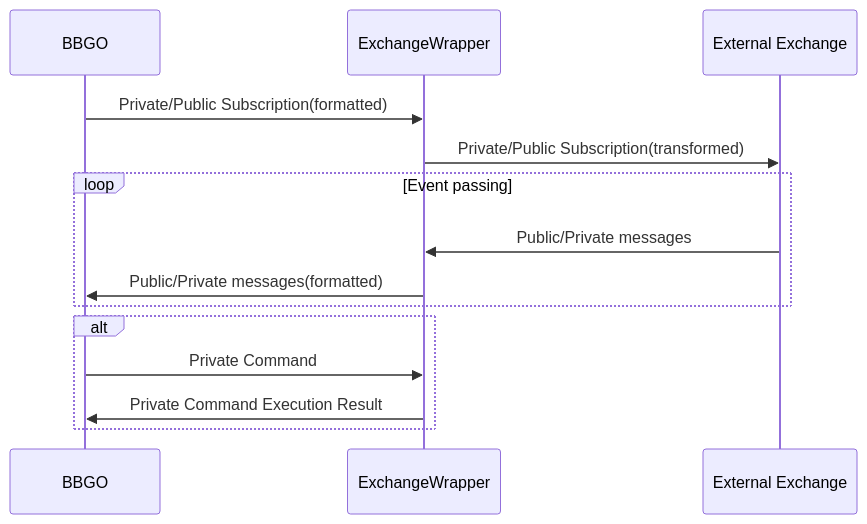
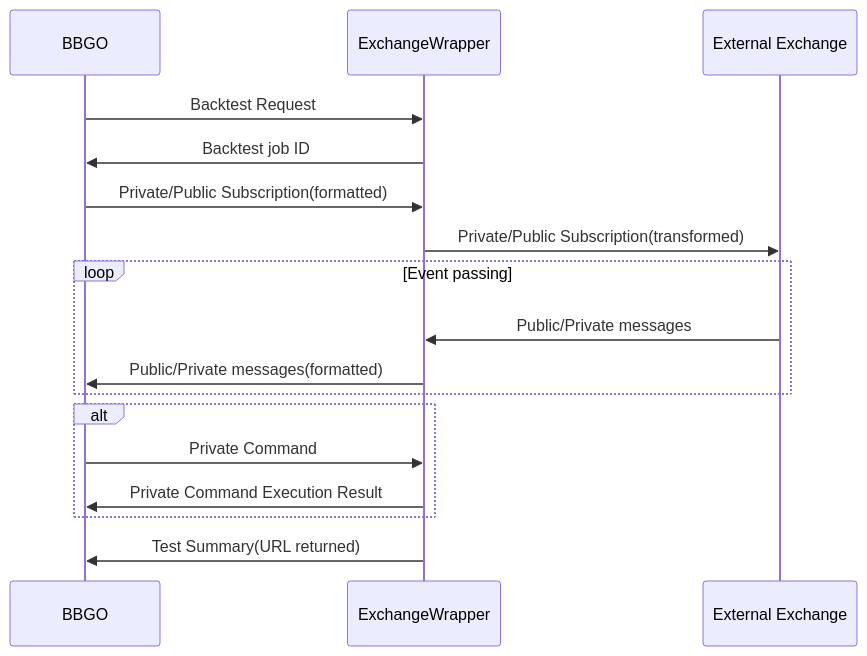
The second of 2 diagrams in docs/ARCHITECTURE.md (starcrypto/exchangeWrapper), drawn with Mermaid before and after one commit. The commit also changed other lines of this file, not shown here.

Commit message:
update ARCHITECTURE

````diff
--- a/docs/ARCHITECTURE.md
+++ b/docs/ARCHITECTURE.md
@@ -8,16 +8,19 @@
 ```mermaid
 sequenceDiagram
     participant BBGO
     participant ExchangeWrapper
     participant External Exchange
+    BBGO->>ExchangeWrapper: Backtest Request
+    ExchangeWrapper->>BBGO: Backtest job ID
     BBGO->>ExchangeWrapper: Private/Public Subscription(formatted)
     ExchangeWrapper->>External Exchange: Private/Public Subscription(transformed)
     loop Event passing
         External Exchange->>ExchangeWrapper: Public/Private messages
         ExchangeWrapper->>BBGO: Public/Private messages(formatted)
     end
     alt
         BBGO->>ExchangeWrapper: Private Command
         ExchangeWrapper->>BBGO: Private Command Execution Result
     end
+    ExchangeWrapper->>BBGO: Test Summary(URL returned)
 ```
````
